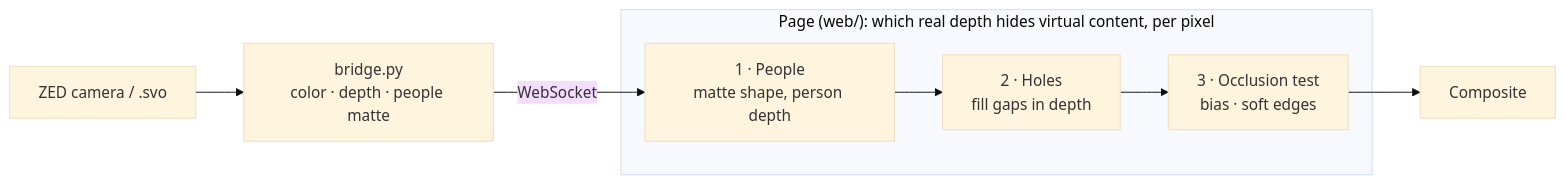
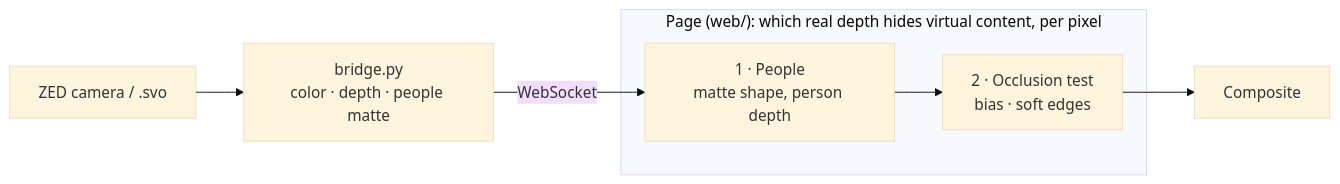
One commit to TheoGil/zed-threejs-prototype changed the diagram in README.md. Above: the diagram before and after it, drawn with Mermaid (base theme). The commit also changed other lines of this file and 3 other files, not shown here.

````diff
--- a/README.md
+++ b/README.md
@@ -9,10 +9,9 @@
 ```mermaid
 flowchart LR
   zed["ZED camera / .svo"] --> bridge["bridge.py<br/>color · depth · people matte"]
   bridge -- "WebSocket" --> people
   subgraph page["Page (web/): which real depth hides virtual content, per pixel"]
-    people["1 · People<br/>matte shape, person depth"] --> holes["2 · Holes<br/>fill gaps in depth"]
-    holes --> test["3 · Occlusion test<br/>bias · soft edges"]
+    people["1 · People<br/>matte shape, person depth"] --> test["2 · Occlusion test<br/>bias · soft edges"]
   end
   test --> out["Composite"]
 ```
````
